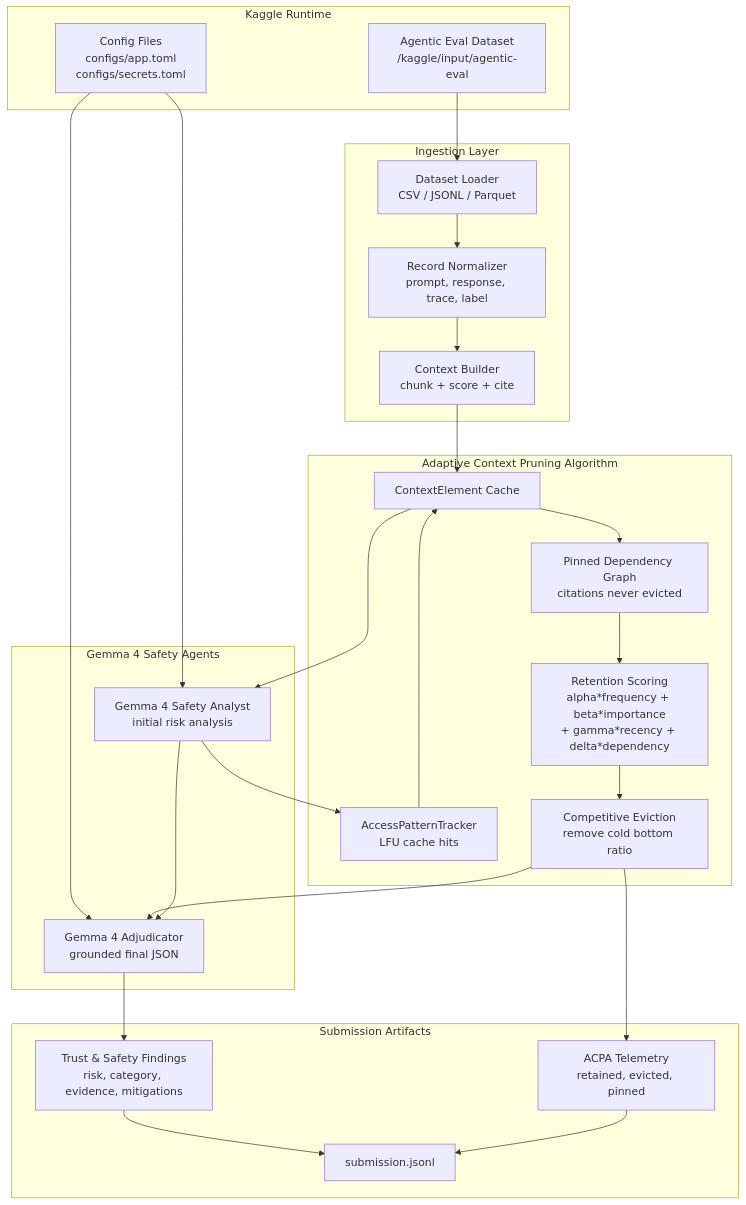
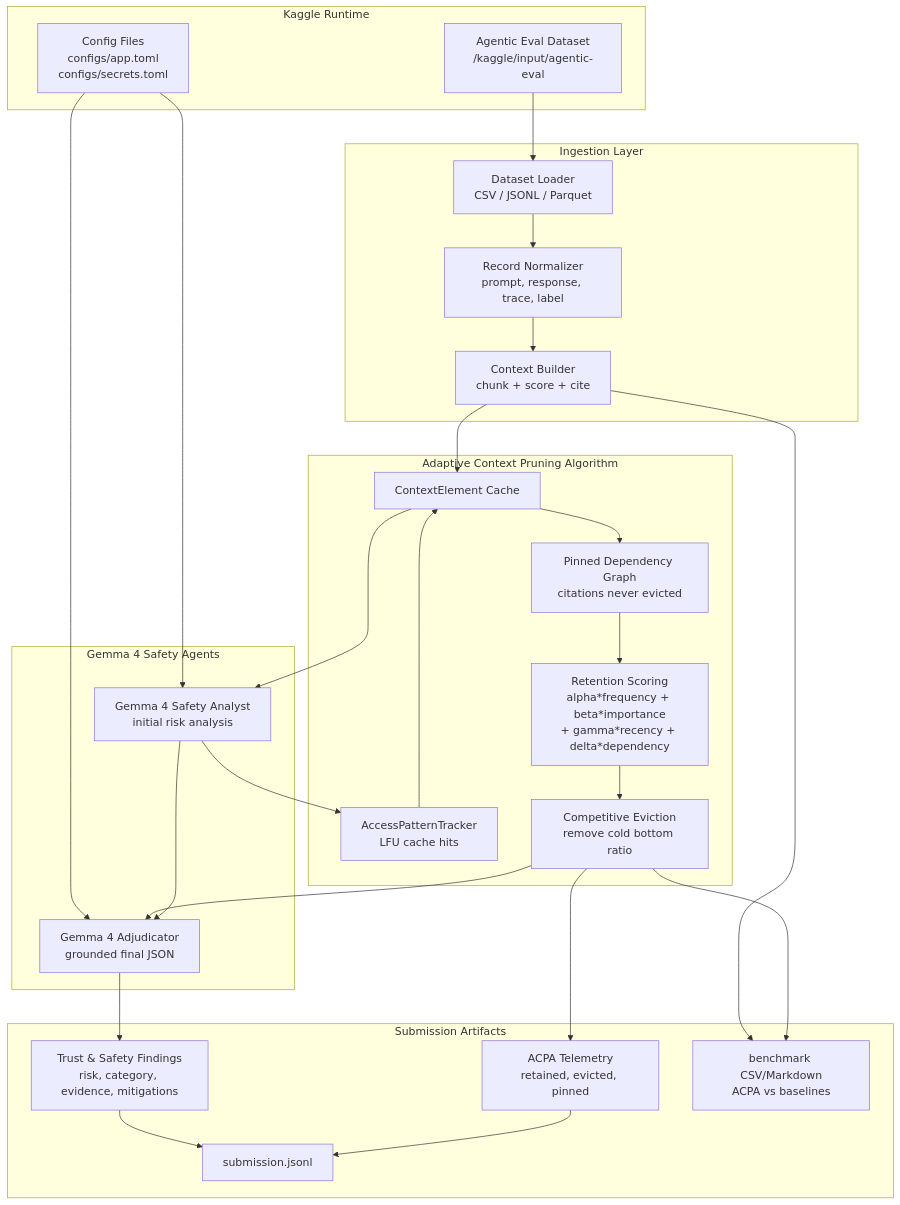
The diagram in docs/architecture.md (joyjeni/context-pruning), drawn with Mermaid before and after one commit. The commit also changed other lines of this file and 4 other files, not shown here.

````diff
--- a/docs/architecture.md
+++ b/docs/architecture.md
@@ -6,46 +6,49 @@
 ```mermaid
 flowchart TD
     subgraph Kaggle["Kaggle Runtime"]
         D1["Agentic Eval Dataset<br/>/kaggle/input/agentic-eval"]
         C1["Config Files<br/>configs/app.toml<br/>configs/secrets.toml"]
     end
 
     subgraph Ingestion["Ingestion Layer"]
         L1["Dataset Loader<br/>CSV / JSONL / Parquet"]
         N1["Record Normalizer<br/>prompt, response, trace, label"]
         B1["Context Builder<br/>chunk + score + cite"]
     end
 
     subgraph ACPA["Adaptive Context Pruning Algorithm"]
         M1["ContextElement Cache"]
         T1["AccessPatternTracker<br/>LFU cache hits"]
         S1["Retention Scoring<br/>alpha*frequency + beta*importance<br/>+ gamma*recency + delta*dependency"]
         E1["Competitive Eviction<br/>remove cold bottom ratio"]
         P1["Pinned Dependency Graph<br/>citations never evicted"]
     end
 
     subgraph Gemma["Gemma 4 Safety Agents"]
         G1["Gemma 4 Safety Analyst<br/>initial risk analysis"]
         G2["Gemma 4 Adjudicator<br/>grounded final JSON"]
     end
 
     subgraph Outputs["Submission Artifacts"]
         O1["Trust & Safety Findings<br/>risk, category, evidence, mitigations"]
         O2["ACPA Telemetry<br/>retained, evicted, pinned"]
         O3["submission.jsonl"]
+        O4["benchmark CSV/Markdown<br/>ACPA vs baselines"]
     end
 
     D1 --> L1 --> N1 --> B1 --> M1
     C1 --> G1
     C1 --> G2
     M1 --> G1
     G1 --> T1
     T1 --> M1
     M1 --> P1 --> S1 --> E1
     E1 --> G2
     G1 --> G2
     G2 --> O1
     E1 --> O2
     O1 --> O3
     O2 --> O3
+    B1 --> O4
+    E1 --> O4
 ```
````
